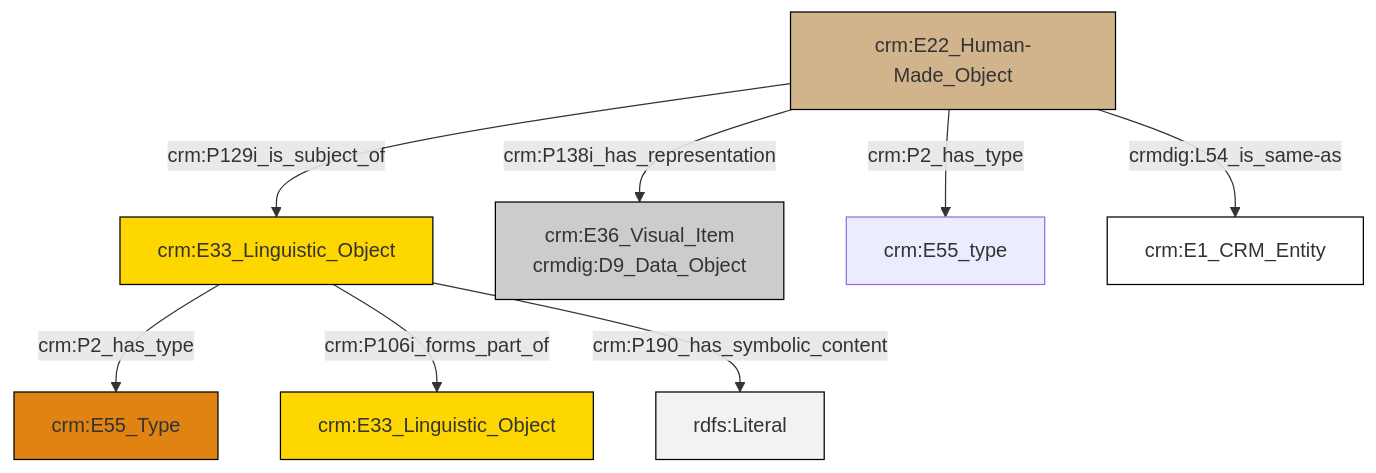
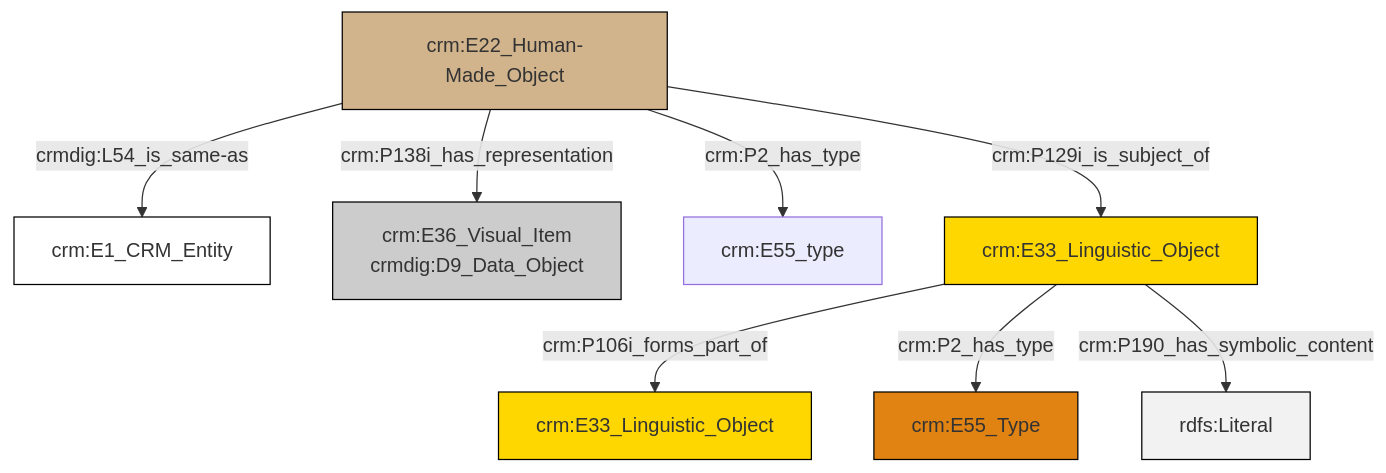
Before and after one commit to swiss-art-research-net/reference-data-models: the diagram in et/artworkCSV/ttl/mmd/Artwork_Documentation.ttl.mmd, drawn with Mermaid. The commit also changed 128 other files, not shown here.

```diff
--- a/et/artworkCSV/ttl/mmd/Artwork_Documentation.ttl.mmd
+++ b/et/artworkCSV/ttl/mmd/Artwork_Documentation.ttl.mmd
@@ -1,22 +1,22 @@
 graph TD
 classDef Literal fill:#f2f2f2,stroke:#000000;
 classDef CRM_Entity fill:#FFFFFF,stroke:#000000;
 classDef Temporal_Entity fill:#00C9E6, stroke:#000000;
 classDef Type fill:#E18312, stroke:#000000;
 classDef Time-Span fill:#2C9C91, stroke:#000000;
 classDef Appellation fill:#FFEB7F, stroke:#000000;
 classDef Place fill:#008836, stroke:#000000;
 classDef Persistent_Item fill:#B266B2, stroke:#000000;
 classDef Conceptual_Object fill:#FFD700, stroke:#000000;
 classDef Physical_Thing fill:#D2B48C, stroke:#000000;
 classDef Actor fill:#f58aad, stroke:#000000;
 classDef PC_Classes fill:#4ce600, stroke:#000000;
 classDef Multi fill:#cccccc,stroke:#000000;
 
-0["crm:E22_Human-Made_Object"]:::Physical_Thing -->|crm:P129i_is_subject_of| 1["crm:E33_Linguistic_Object"]:::Conceptual_Object
-1["crm:E33_Linguistic_Object"]:::Conceptual_Object -->|crm:P2_has_type| 5["crm:E55_Type"]:::Type
-0["crm:E22_Human-Made_Object"]:::Physical_Thing -->|crm:P2_has_type| 6["crm:E55_type"]:::Default
-0["crm:E22_Human-Made_Object"]:::Physical_Thing -->|crm:P138i_has_representation| 2["crm:E36_Visual_Item<br>crmdig:D9_Data_Object"]:::Multi
-1["crm:E33_Linguistic_Object"]:::Conceptual_Object -->|crm:P106i_forms_part_of| 7["crm:E33_Linguistic_Object"]:::Conceptual_Object
-0["crm:E22_Human-Made_Object"]:::Physical_Thing -->|crmdig:L54_is_same-as| 8["crm:E1_CRM_Entity"]:::CRM_Entity
-1["crm:E33_Linguistic_Object"]:::Conceptual_Object -->|crm:P190_has_symbolic_content| 13[rdfs:Literal]:::Literal
+3["crm:E22_Human-Made_Object"]:::Physical_Thing -->|crmdig:L54_is_same-as| 4["crm:E1_CRM_Entity"]:::CRM_Entity
+3["crm:E22_Human-Made_Object"]:::Physical_Thing -->|crm:P138i_has_representation| 5["crm:E36_Visual_Item<br>crmdig:D9_Data_Object"]:::Multi
+3["crm:E22_Human-Made_Object"]:::Physical_Thing -->|crm:P2_has_type| 9["crm:E55_type"]:::Default
+10["crm:E33_Linguistic_Object"]:::Conceptual_Object -->|crm:P106i_forms_part_of| 7["crm:E33_Linguistic_Object"]:::Conceptual_Object
+10["crm:E33_Linguistic_Object"]:::Conceptual_Object -->|crm:P2_has_type| 0["crm:E55_Type"]:::Type
+3["crm:E22_Human-Made_Object"]:::Physical_Thing -->|crm:P129i_is_subject_of| 10["crm:E33_Linguistic_Object"]:::Conceptual_Object
+10["crm:E33_Linguistic_Object"]:::Conceptual_Object -->|crm:P190_has_symbolic_content| 14[rdfs:Literal]:::Literal
```
